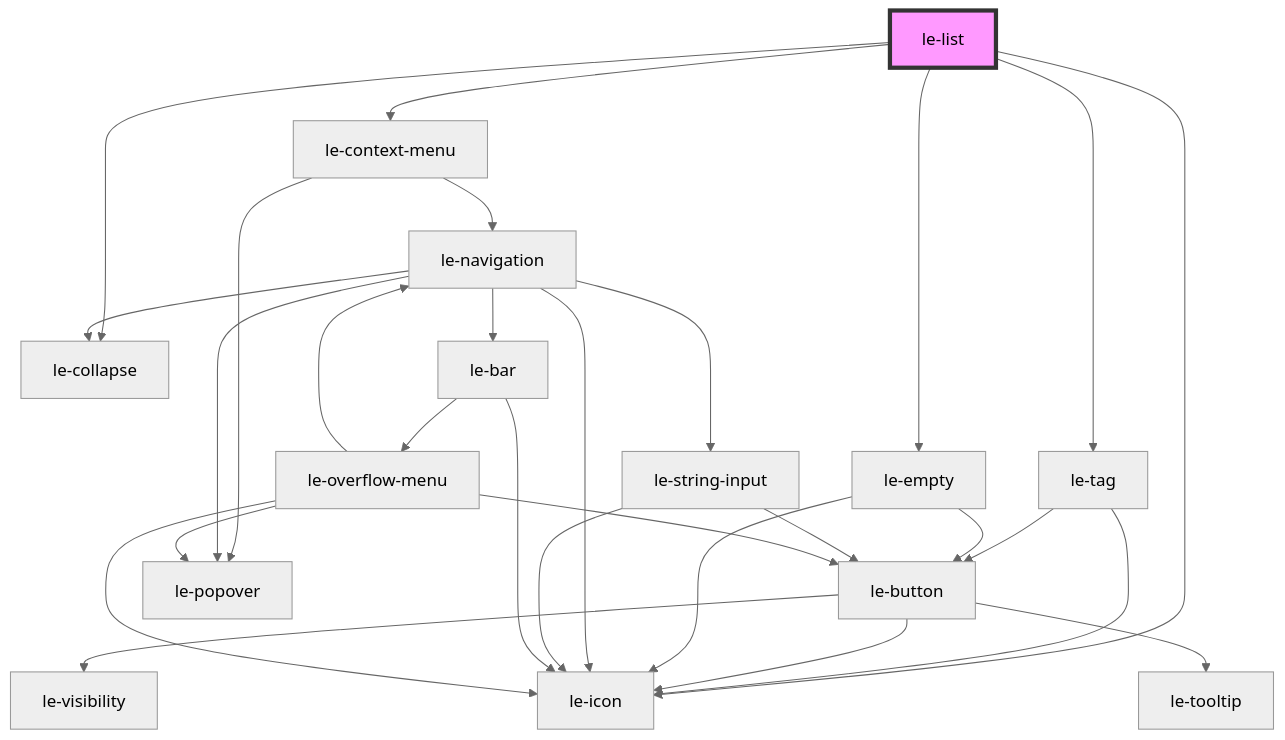
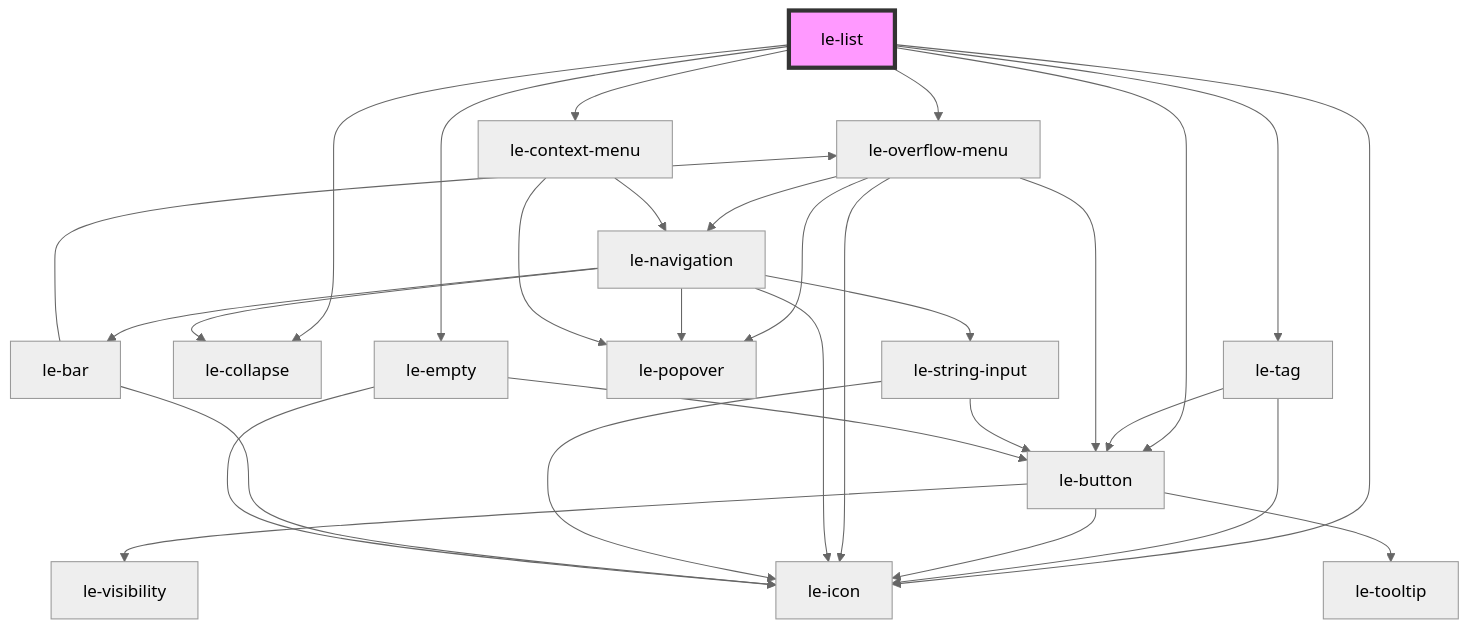
Before and after one commit to leechy/le-kit: the diagram in packages/core/src/components/le-list/readme.md, drawn with Mermaid (neutral theme). The commit also changed other lines of this file and 25 other files, not shown here.

First line of the commit message:
Add actions system to <le-list> with toolbar and button binding

````diff
--- a/packages/core/src/components/le-list/readme.md
+++ b/packages/core/src/components/le-list/readme.md
@@ -136,31 +223,33 @@
 ```mermaid
 graph TD;
   le-list --> le-icon
   le-list --> le-tag
+  le-list --> le-button
+  le-list --> le-overflow-menu
   le-list --> le-collapse
   le-list --> le-empty
   le-list --> le-context-menu
   le-tag --> le-button
   le-tag --> le-icon
   le-button --> le-icon
   le-button --> le-visibility
   le-button --> le-tooltip
-  le-empty --> le-icon
-  le-empty --> le-button
-  le-context-menu --> le-popover
-  le-context-menu --> le-navigation
+  le-overflow-menu --> le-navigation
+  le-overflow-menu --> le-popover
+  le-overflow-menu --> le-button
+  le-overflow-menu --> le-icon
   le-navigation --> le-icon
   le-navigation --> le-string-input
   le-navigation --> le-collapse
   le-navigation --> le-popover
   le-navigation --> le-bar
   le-string-input --> le-button
   le-string-input --> le-icon
   le-bar --> le-icon
   le-bar --> le-overflow-menu
-  le-overflow-menu --> le-navigation
-  le-overflow-menu --> le-popover
-  le-overflow-menu --> le-button
-  le-overflow-menu --> le-icon
+  le-empty --> le-icon
+  le-empty --> le-button
+  le-context-menu --> le-popover
+  le-context-menu --> le-navigation
   style le-list fill:#f9f,stroke:#333,stroke-width:4px
 ```
````
